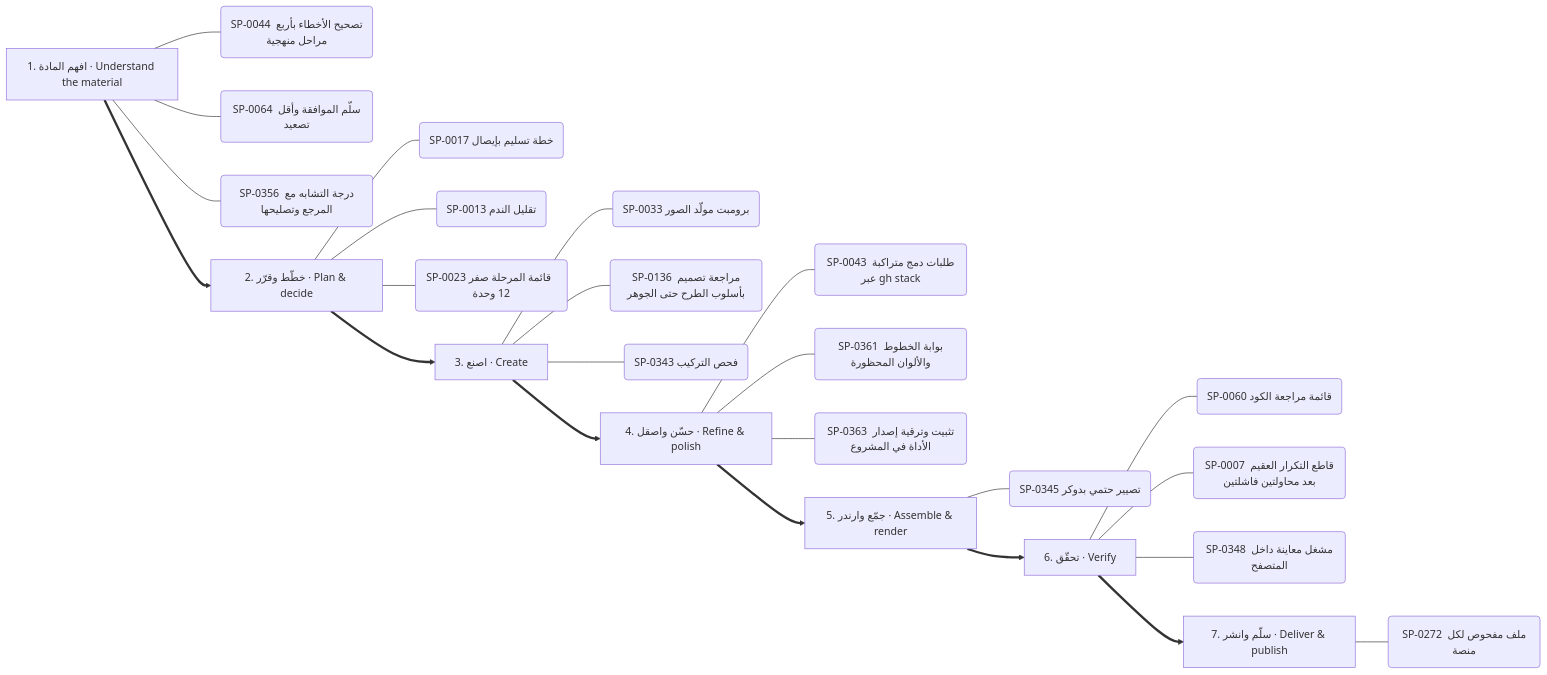
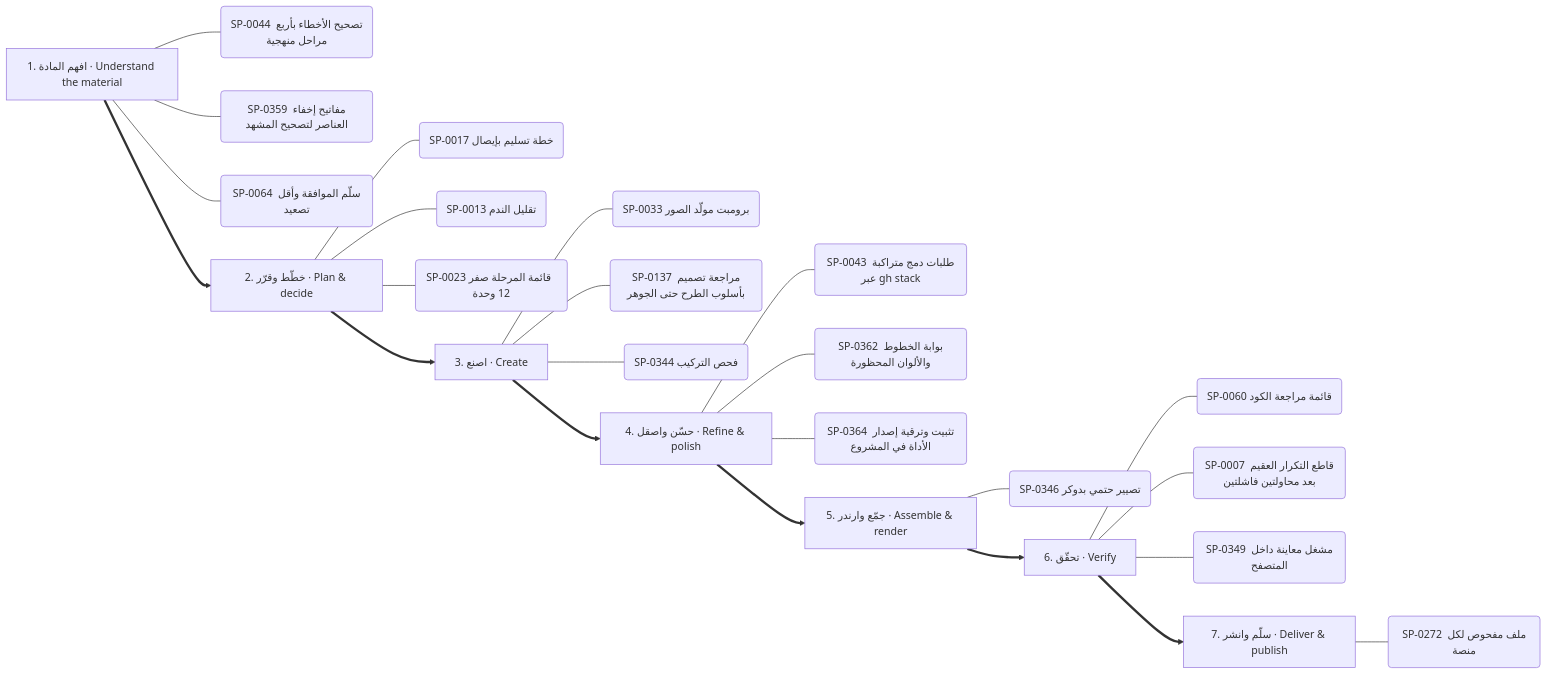
The tenth of 13 diagrams in .claude/skills/kosif-superpowers/references/capability-mindmap.md (kosif199022-jpg/kosif-tool), drawn with Mermaid before and after one commit. The commit also changed other lines of this file and 53 other files, not shown here.

````diff
--- a/.claude/skills/kosif-superpowers/references/capability-mindmap.md
+++ b/.claude/skills/kosif-superpowers/references/capability-mindmap.md
@@ -499,33 +497,33 @@
 ```mermaid
 flowchart LR
   S0["1. افهم المادة · Understand the material"]
   S0 --- S0_0("SP-0044 تصحيح الأخطاء بأربع مراحل منهجية")
-  S0 --- S0_1("SP-0064 سلّم الموافقة وأقل تصعيد")
-  S0 --- S0_2("SP-0356 درجة التشابه مع المرجع وتصليحها")
+  S0 --- S0_1("SP-0359 مفاتيح إخفاء العناصر لتصحيح المشهد")
+  S0 --- S0_2("SP-0064 سلّم الموافقة وأقل تصعيد")
   S1["2. خطّط وقرّر · Plan & decide"]
   S1 --- S1_0("SP-0017 خطة تسليم بإيصال")
   S1 --- S1_1("SP-0013 تقليل الندم")
   S1 --- S1_2("SP-0023 قائمة المرحلة صفر  12 وحدة ")
   S0 ==> S1
   S2["3. اصنع · Create"]
   S2 --- S2_0("SP-0033 برومبت مولّد الصور")
-  S2 --- S2_1("SP-0136 مراجعة تصميم بأسلوب الطرح حتى الجوهر")
-  S2 --- S2_2("SP-0343 فحص التركيب")
+  S2 --- S2_1("SP-0137 مراجعة تصميم بأسلوب الطرح حتى الجوهر")
+  S2 --- S2_2("SP-0344 فحص التركيب")
   S1 ==> S2
   S3["4. حسّن واصقل · Refine & polish"]
   S3 --- S3_0("SP-0043 طلبات دمج متراكبة عبر gh stack")
-  S3 --- S3_1("SP-0361 بوابة الخطوط والألوان المحظورة")
-  S3 --- S3_2("SP-0363 تثبيت وترقية إصدار الأداة في المشروع")
+  S3 --- S3_1("SP-0362 بوابة الخطوط والألوان المحظورة")
+  S3 --- S3_2("SP-0364 تثبيت وترقية إصدار الأداة في المشروع")
   S2 ==> S3
   S4["5. جمّع وارندر · Assemble & render"]
-  S4 --- S4_0("SP-0345 تصيير حتمي بدوكر")
+  S4 --- S4_0("SP-0346 تصيير حتمي بدوكر")
   S3 ==> S4
   S5["6. تحقّق · Verify"]
   S5 --- S5_0("SP-0060 قائمة مراجعة الكود")
   S5 --- S5_1("SP-0007 قاطع التكرار العقيم بعد محاولتين فاشلتين")
-  S5 --- S5_2("SP-0348 مشغل معاينة داخل المتصفح")
+  S5 --- S5_2("SP-0349 مشغل معاينة داخل المتصفح")
   S4 ==> S5
   S6["7. سلّم وانشر · Deliver & publish"]
   S6 --- S6_0("SP-0272 ملف مفحوص لكل منصة")
   S5 ==> S6
 ```
````
